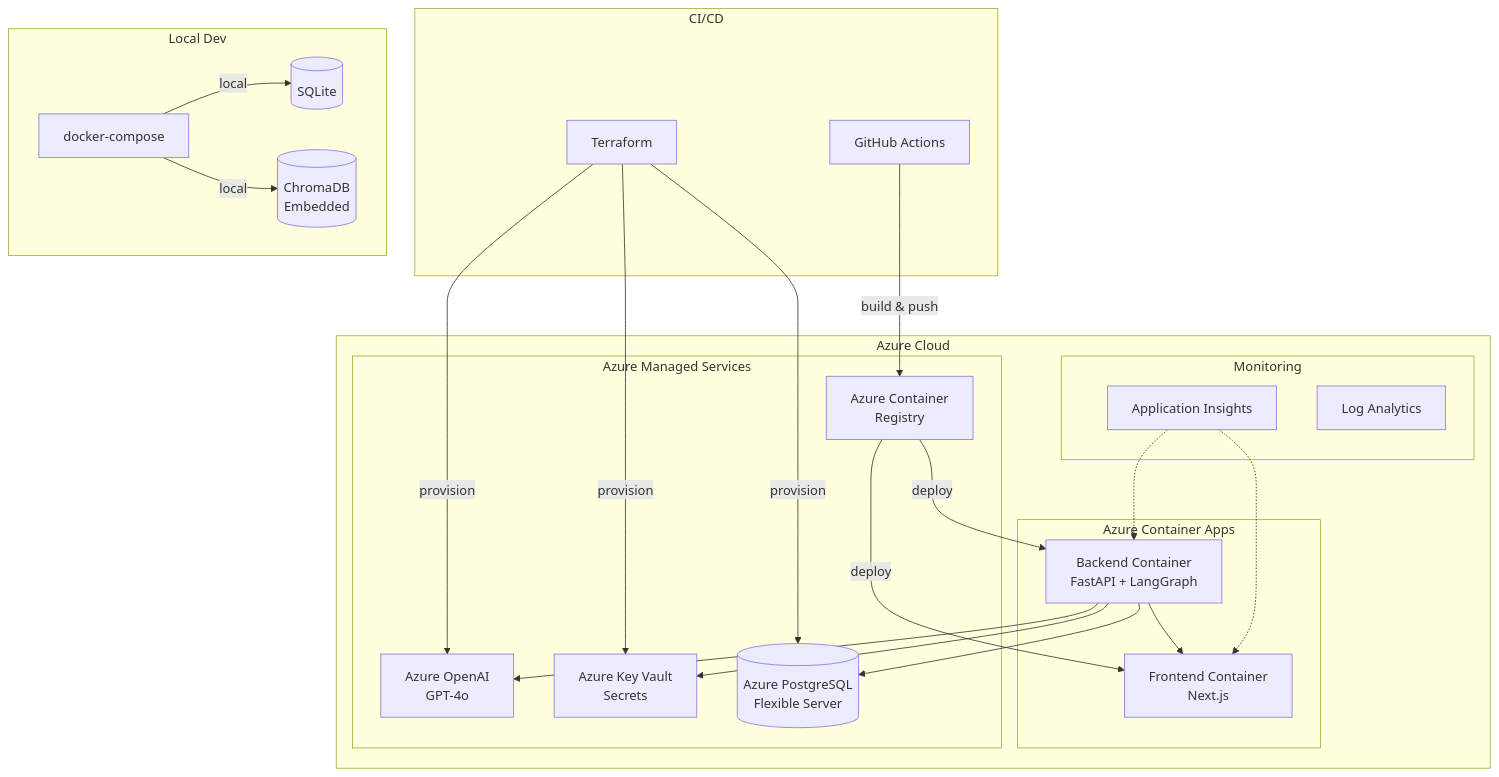
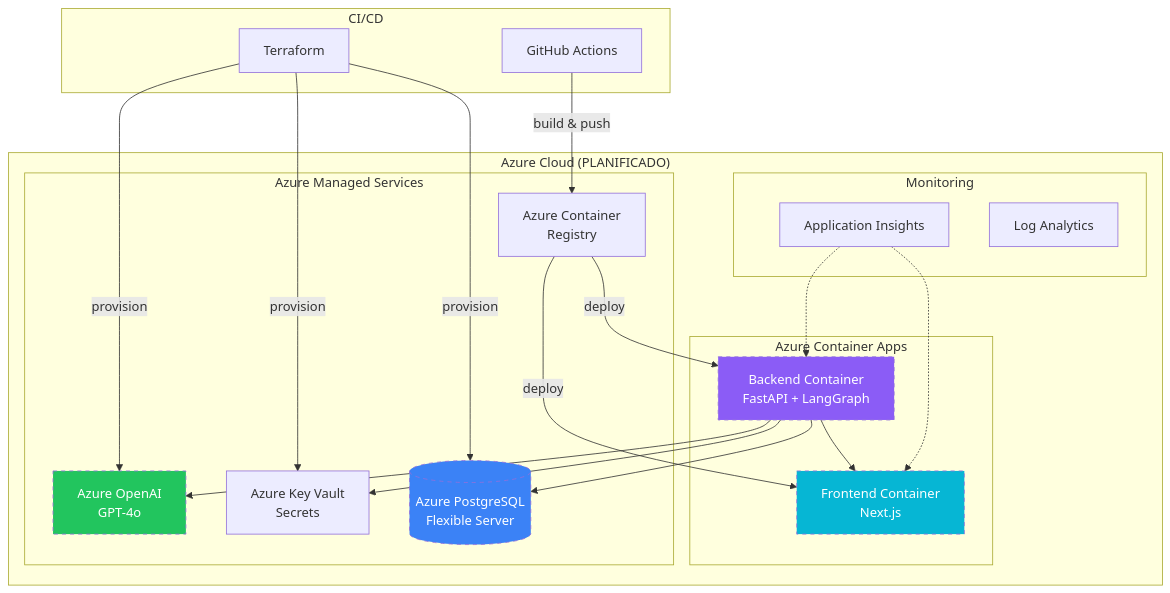
Before and after one commit to miguelsff/fraud-detection-multi-agent-system: the tenth of 10 diagrams in .claude/docs/arquitectura-sistema.md, drawn with Mermaid. The commit also changed other lines of this file and 1 other file, not shown here.

Commit message:
docs: architecture doc updated

````diff
--- a/.claude/docs/arquitectura-sistema.md
+++ b/.claude/docs/arquitectura-sistema.md
@@ -473,43 +1034,40 @@
 ```mermaid
 graph TB
-    subgraph "Azure Cloud"
+    subgraph "Azure Cloud (PLANIFICADO)"
         subgraph "Azure Container Apps"
             BE[Backend Container<br/>FastAPI + LangGraph]
             FE[Frontend Container<br/>Next.js]
         end
 
         subgraph "Azure Managed Services"
             AOAI[Azure OpenAI<br/>GPT-4o]
             KV[Azure Key Vault<br/>Secrets]
             PG[(Azure PostgreSQL<br/>Flexible Server)]
             ACR[Azure Container<br/>Registry]
         end
 
         subgraph "Monitoring"
             AI[Application Insights]
             LA[Log Analytics]
         end
     end
 
     subgraph "CI/CD"
         GH[GitHub Actions]
         TF[Terraform]
     end
 
-    subgraph "Local Dev"
-        DC[docker-compose]
-        LITE[(SQLite)]
-        CHR[(ChromaDB<br/>Embedded)]
-    end
-
     GH -->|build & push| ACR
     ACR -->|deploy| BE & FE
     TF -->|provision| AOAI & KV & PG
     BE --> AOAI
     BE --> KV
     BE --> PG
     BE --> FE
     AI -.-> BE & FE
 
-    DC -->|local| LITE & CHR
+    style BE fill:#8b5cf6,color:#fff,stroke-dasharray: 5 5
+    style FE fill:#06b6d4,color:#fff,stroke-dasharray: 5 5
+    style AOAI fill:#22c55e,color:#fff,stroke-dasharray: 5 5
+    style PG fill:#3b82f6,color:#fff,stroke-dasharray: 5 5
 ```
````
